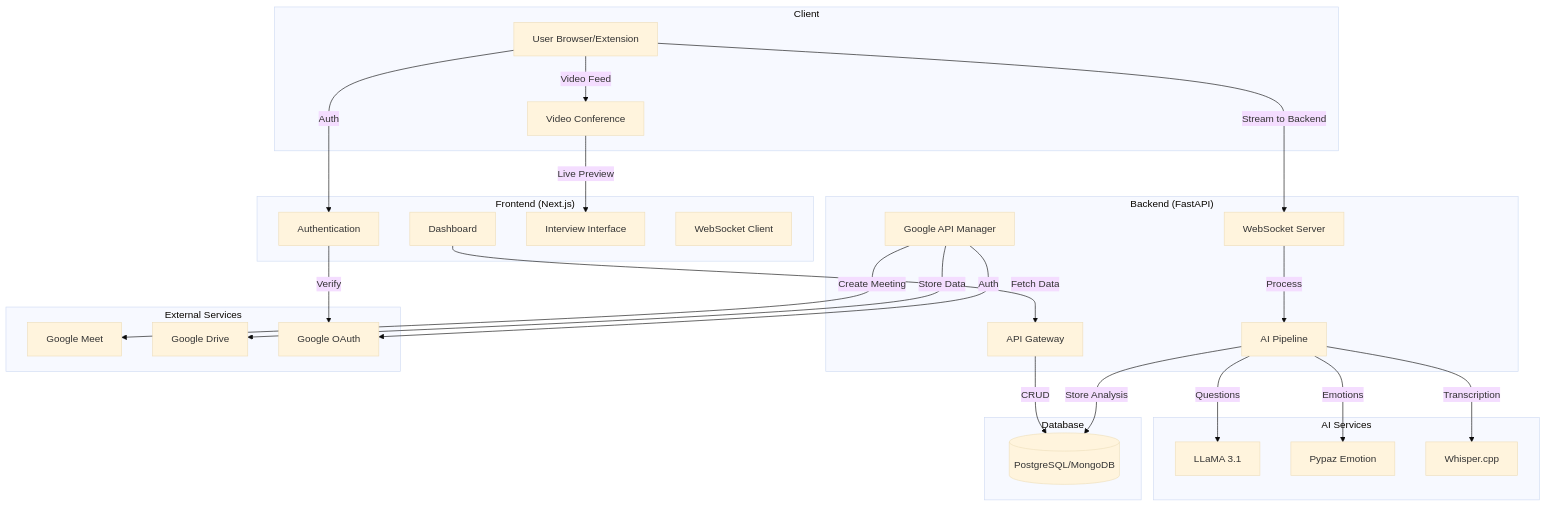
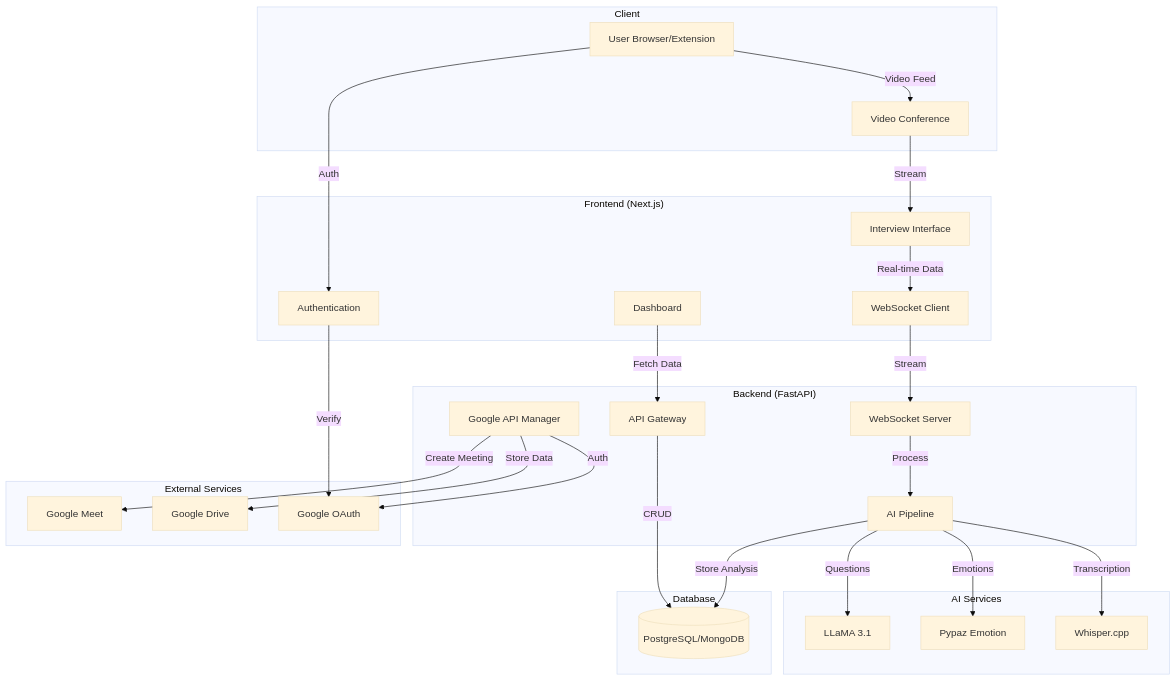
Before and after one commit to Captain-Vikram/Mermaid_to_flow: the diagram in diagram.mmd, drawn with Mermaid (base theme). The commit also changed 1 other file, not shown here.

```diff
--- a/diagram.mmd
+++ b/diagram.mmd
@@ -1,60 +1,61 @@
 graph TB
     subgraph Client
         A[User Browser/Extension]
         B[Video Conference]
     end
 
     subgraph Frontend["Frontend (Next.js)"]
         C[Authentication]
         D[Dashboard]
         E[Interview Interface]
         F[WebSocket Client]
     end
 
     subgraph Backend["Backend (FastAPI)"]
         G[API Gateway]
         H[WebSocket Server]
         I[AI Pipeline]
         J[Google API Manager]
     end
 
     subgraph AI["AI Services"]
         K[LLaMA 3.1]
         L[Pypaz Emotion]
         M[Whisper.cpp]
     end
 
     subgraph External["External Services"]
         N[Google Meet]
         O[Google Drive]
         P[Google OAuth]
     end
 
     subgraph Database
         Q[(PostgreSQL/MongoDB)]
     end
 
     %% Client Connections
     A -->|Auth| C
     A -->|Video Feed| B
-    A -->|Stream to Backend| H
-    B -->|Live Preview| E
+    B -->|Stream| E
 
     %% Frontend Flow
     C -->|Verify| P
+    E -->|Real-time Data| F
     D -->|Fetch Data| G
 
     %% Backend Processing
+    F -->|Stream| H
     H -->|Process| I
     I -->|Questions| K
     I -->|Emotions| L
     I -->|Transcription| M
 
     %% External Integration
     J -->|Create Meeting| N
     J -->|Store Data| O
     J -->|Auth| P
 
     %% Data Storage
     G -->|CRUD| Q
     I -->|Store Analysis| Q
```
